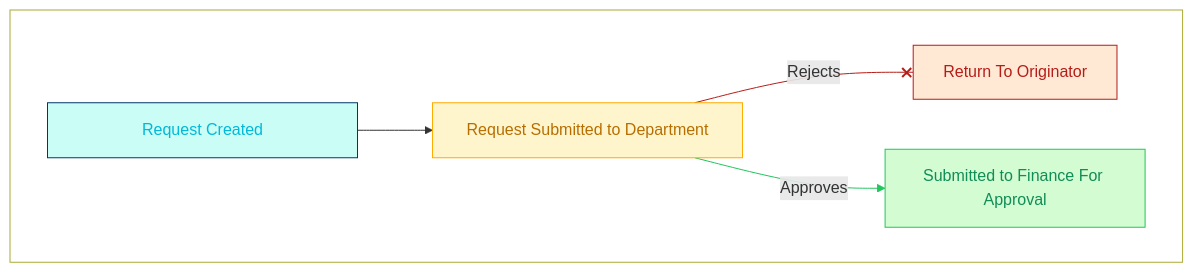
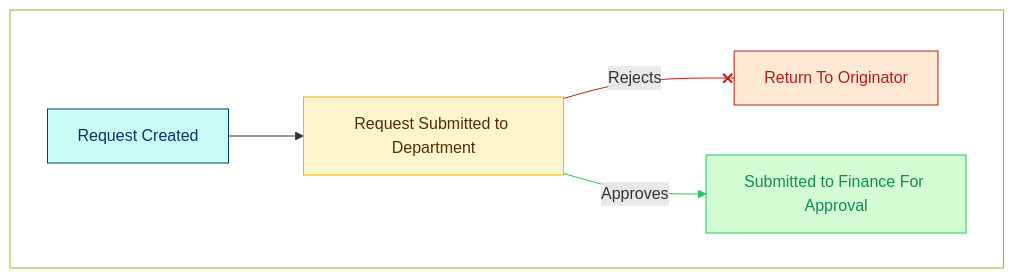
One commit to CBHFinance/arfHelpDocs changed the first of 4 diagrams in docs/overview.md. Above: the diagram before and after it, drawn with Mermaid. The commit also changed other lines of this file and 9 other files, not shown here.

````diff
--- a/docs/overview.md
+++ b/docs/overview.md
@@ -16,16 +25,16 @@
 ```mermaid
 flowchart TD
   subgraph subgraph_deptApproval["<p> &nbsp;</p>"]
-    A["<p style="width:250px;height:25px;margin:0px;">Request Created</p>"] --> B
-    B["<p style="width:250px;height:25px;margin:0px;">Request Submitted to Department</p>"]
+    A["Request Created"] --> B
+    B["Request Submitted to Department"]
     B -- Rejects --x D["Return To Originator"]
     B -- Approves --> C["Submitted to Finance For Approval"]
   end 
-    style A color:#00B8D9, fill:#CAFDF5,stroke:#003768
-    style B color:#B76E00, fill:#FFF5CC,stroke:#FFAB00
+    style A color:#003768, fill:#CAFDF5,stroke:#003768
+    style B color:#503001, fill:#FFF5CC,stroke:#FFAB00
     style D color:#B71D18,fill:#FFE9D5,stroke:#B71D18
-    style C color:#118D57,stroke:#22C55E,fill:#D3FCD2
+    style C color:#118D57,fill:#D3FCD2,stroke:#22C55E
     style subgraph_deptApproval fill:none
     linkStyle 1 stroke:#B71D18,fill:none
     linkStyle 2 stroke:#22C55E,fill:none
 ```
````
